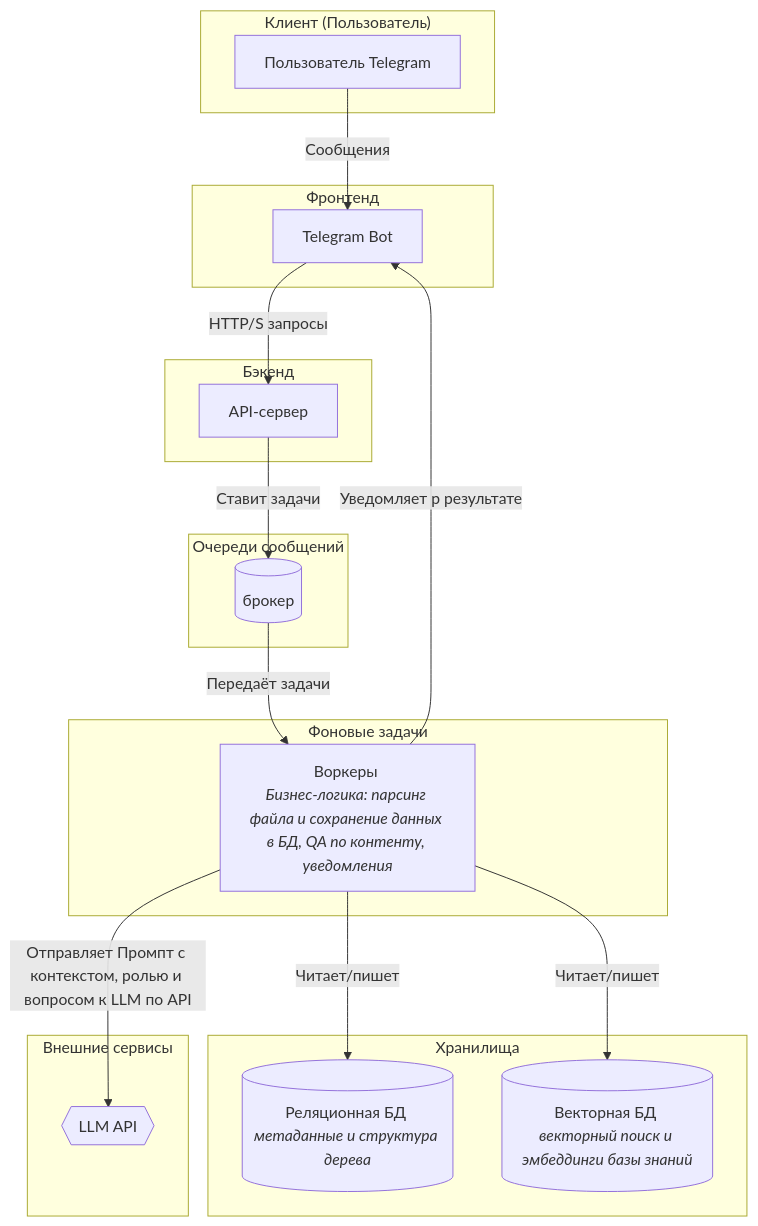
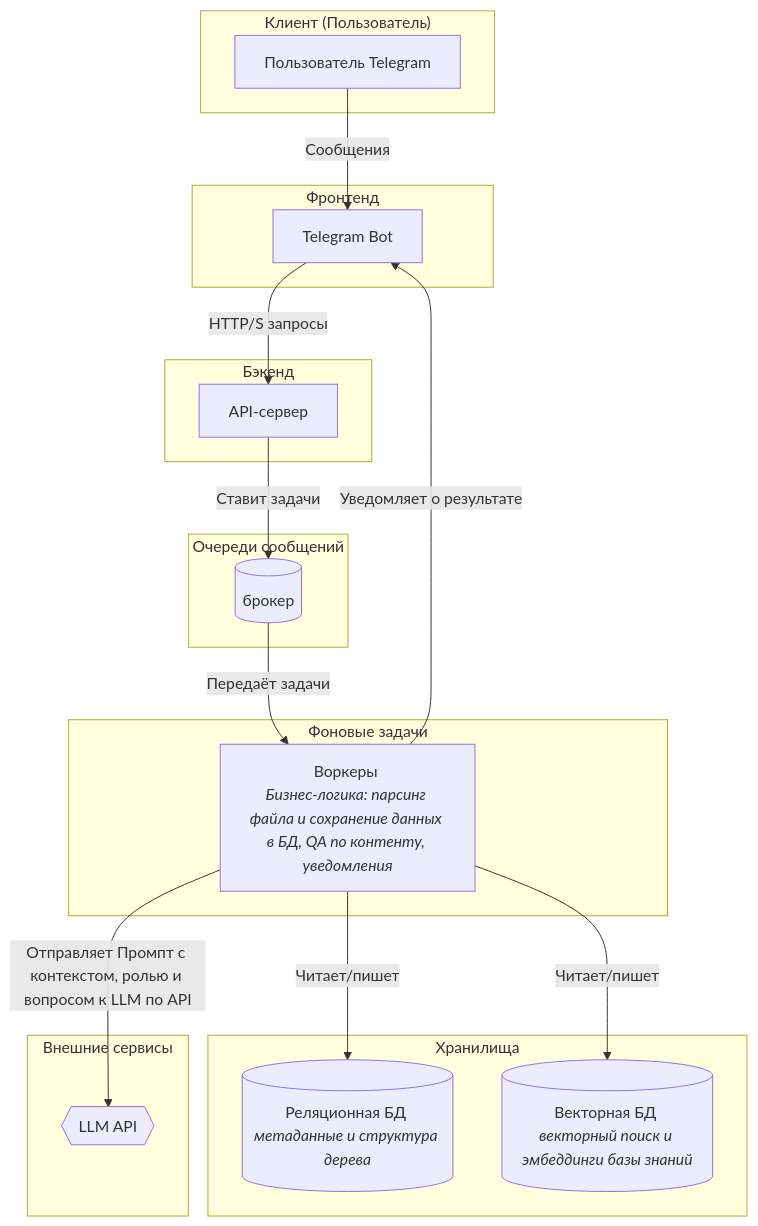
The diagram in Анастасия_Друзьянова/architect.MD (patolog123/Analyst-3.0), drawn with Mermaid before and after one commit.

````diff
--- a/Анастасия_Друзьянова/architect.MD
+++ b/Анастасия_Друзьянова/architect.MD
@@ -1,41 +1,41 @@
 ```mermaid
 graph TD
     subgraph "Клиент (Пользователь)"
         A[Пользователь Telegram]
     end
 
     subgraph "Фронтенд"
         B[Telegram Bot]
     end
 
     subgraph "Бэкенд"
         C[API-сервер]
     end
 
     subgraph "Очереди сообщений"
         J[(брокер)]
     end
 
     subgraph "Фоновые задачи"
         F[Воркеры <br><i>Бизнес-логика: парсинг файла и сохранение данных в БД, QA по контенту, уведомления</i>]
     end
 
     subgraph "Хранилища"
         G[(Реляционная БД <br><i>метаданные и структура дерева</i>)]
         I[(Векторная БД <br><i>векторный поиск и эмбеддинги базы знаний</i>)]
     end
 
     subgraph "Внешние сервисы"
         H{{LLM API}}
     end
 
     %% Связи между компонентами
     A -- Сообщения --> B
     B -- HTTP/S запросы --> C
     C -- Ставит задачи --> J
     J -- Передаёт задачи --> F
     F -- Отправляет Промпт с контекстом, ролью и вопросом к LLM по API --> H
     F -- Читает/пишет --> G
     F -- Читает/пишет --> I
-    F -- Уведомляет р результате --> B
+    F -- Уведомляет о результате --> B
 ```
````
